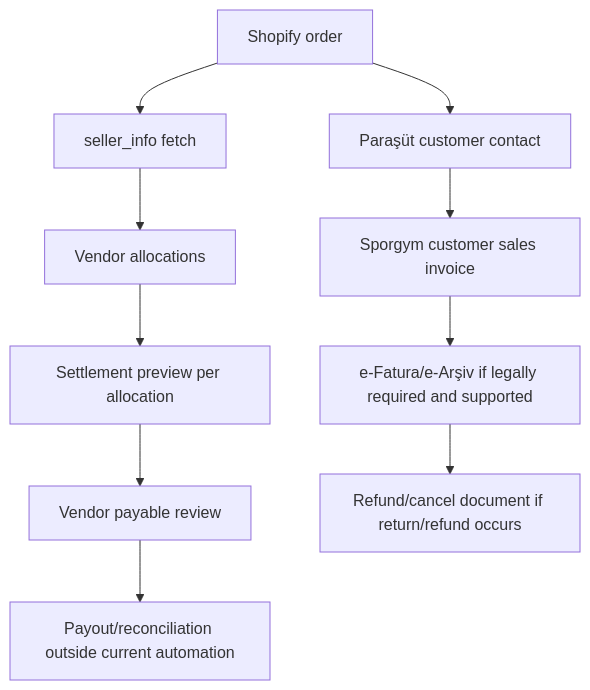
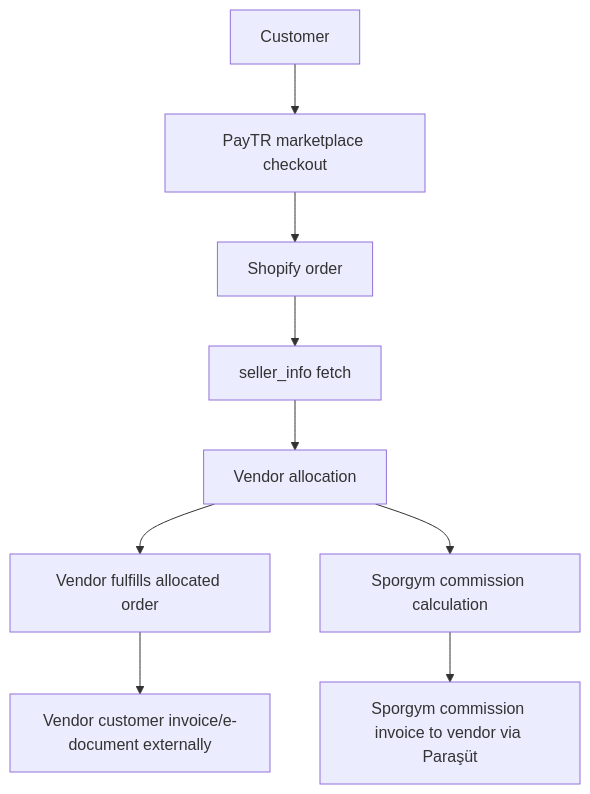
Before and after one commit to onurdpl/1vendor-dashboard: the first of 3 diagrams in docs/PARASUT_MARKETPLACE_DISCOVERY.md, drawn with Mermaid. The commit also changed other lines of this file, not shown here.

Commit message:
Align Paraşüt discovery with vendor MoR model

````diff
--- a/docs/PARASUT_MARKETPLACE_DISCOVERY.md
+++ b/docs/PARASUT_MARKETPLACE_DISCOVERY.md
@@ -673,12 +579,11 @@
 ```mermaid
 flowchart TD
-  A["Shopify order"] --> B["seller_info fetch"]
-  B --> C["Vendor allocations"]
-  C --> D["Settlement preview per allocation"]
-  A --> E["Paraşüt customer contact"]
-  E --> F["Sporgym customer sales invoice"]
-  F --> G["e-Fatura/e-Arşiv if legally required and supported"]
-  D --> H["Vendor payable review"]
-  H --> I["Payout/reconciliation outside current automation"]
-  G --> J["Refund/cancel document if return/refund occurs"]
+  A["Customer"] --> B["PayTR marketplace checkout"]
+  B --> C["Shopify order"]
+  C --> D["seller_info fetch"]
+  D --> E["Vendor allocation"]
+  E --> F["Vendor fulfills allocated order"]
+  F --> G["Vendor customer invoice/e-document externally"]
+  E --> H["Sporgym commission calculation"]
+  H --> I["Sporgym commission invoice to vendor via Paraşüt"]
 ```
````
